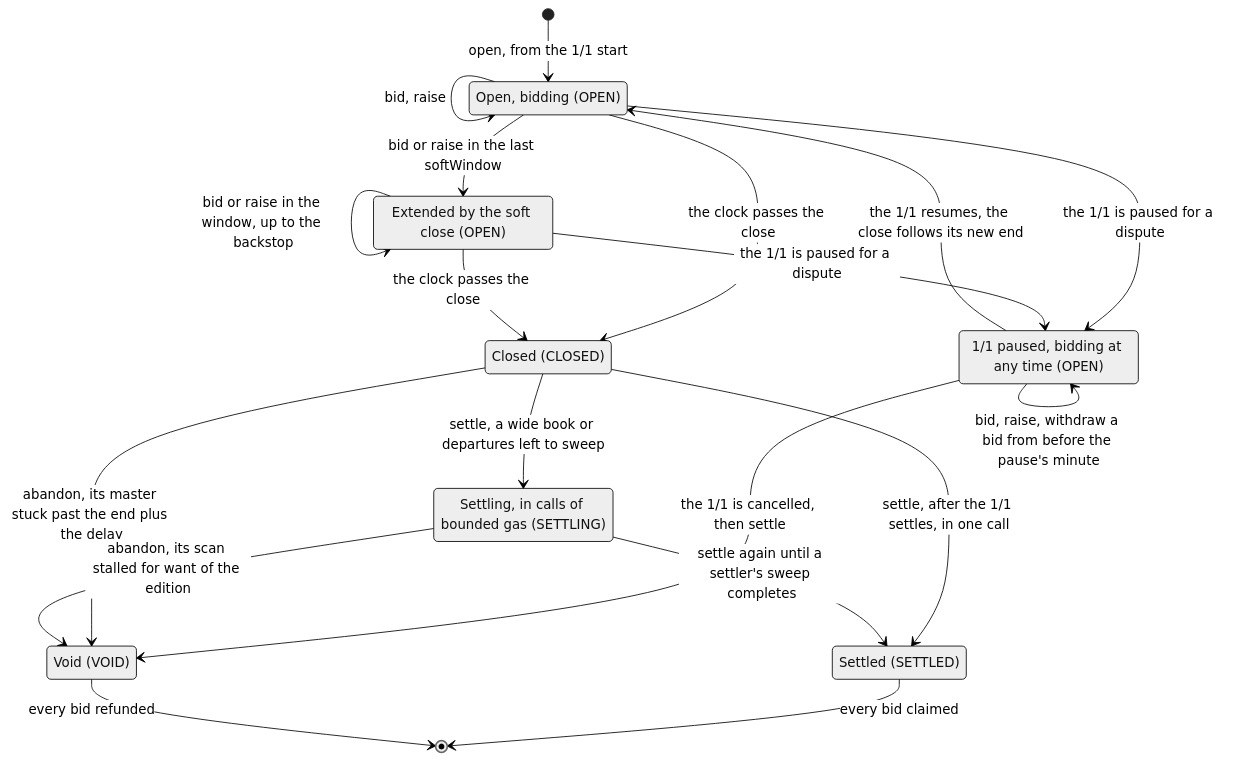
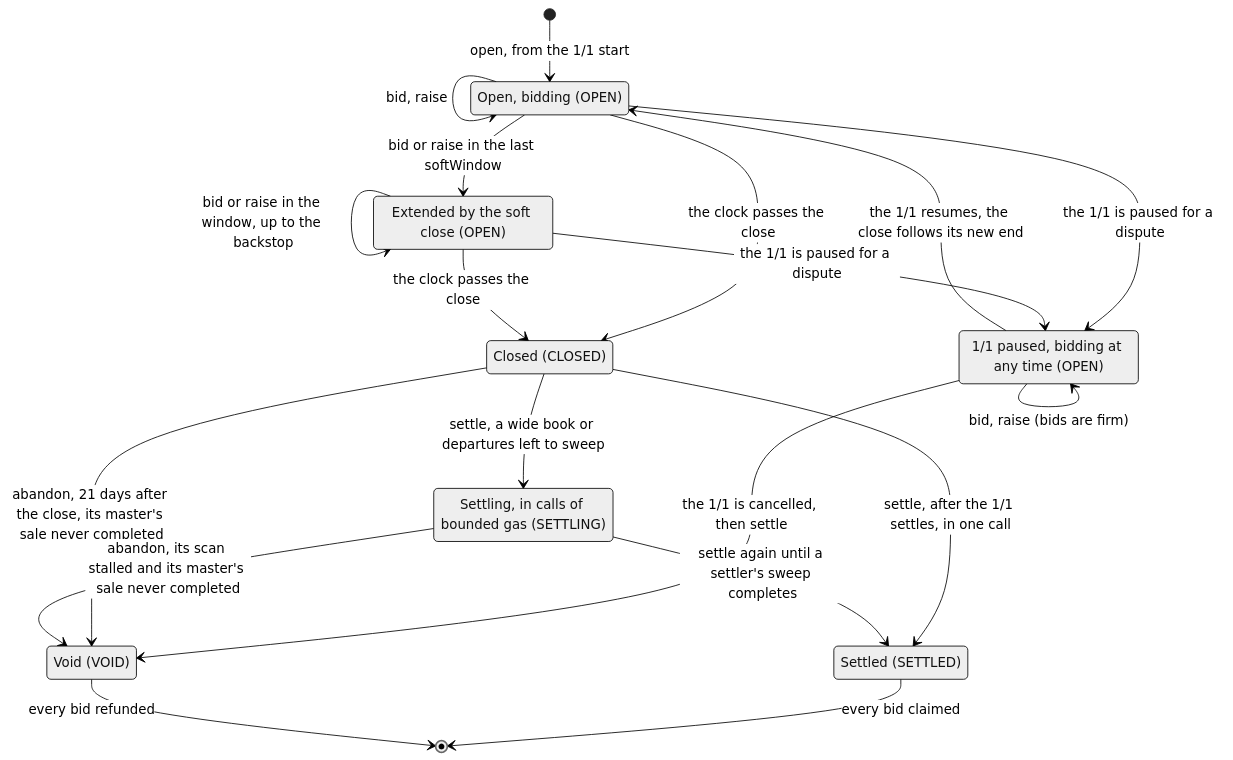
One commit to 6529-Collections/6529-works changed the second of 9 diagrams in docs/spec/editions-and-sales.md. Above: the diagram before and after it, drawn with Mermaid (neutral theme). The commit also changed other lines of this file and 352 other files, not shown here.

````diff
--- a/docs/spec/editions-and-sales.md
+++ b/docs/spec/editions-and-sales.md
@@ -453,28 +449,28 @@
 ```mermaid
 stateDiagram-v2
     state "Open, bidding (OPEN)" as Open
     state "Extended by the soft close (OPEN)" as Extended
     state "1/1 paused, bidding at any time (OPEN)" as Paused
     state "Closed (CLOSED)" as Closed
     state "Settling, in calls of bounded gas (SETTLING)" as Settling
     state "Settled (SETTLED)" as Settled
     state "Void (VOID)" as Void
     [*] --> Open : open, from the 1/1 start
     Open --> Open : bid, raise
     Open --> Extended : bid or raise in the last softWindow
     Extended --> Extended : bid or raise in the window, up to the backstop
     Open --> Paused : the 1/1 is paused for a dispute
     Extended --> Paused : the 1/1 is paused for a dispute
-    Paused --> Paused : bid, raise, withdraw a bid from before the pause's minute
+    Paused --> Paused : bid, raise (bids are firm)
     Paused --> Open : the 1/1 resumes, the close follows its new end
     Paused --> Void : the 1/1 is cancelled, then settle
-    Closed --> Void : abandon, its master stuck past the end plus the delay
-    Settling --> Void : abandon, its scan stalled for want of the edition
+    Closed --> Void : abandon, 21 days after the close, its master's sale never completed
+    Settling --> Void : abandon, its scan stalled and its master's sale never completed
     Open --> Closed : the clock passes the close
     Extended --> Closed : the clock passes the close
     Closed --> Settled : settle, after the 1/1 settles, in one call
     Closed --> Settling : settle, a wide book or departures left to sweep
     Settling --> Settled : settle again until a settler's sweep completes
     Settled --> [*] : every bid claimed
     Void --> [*] : every bid refunded
 ```
````
